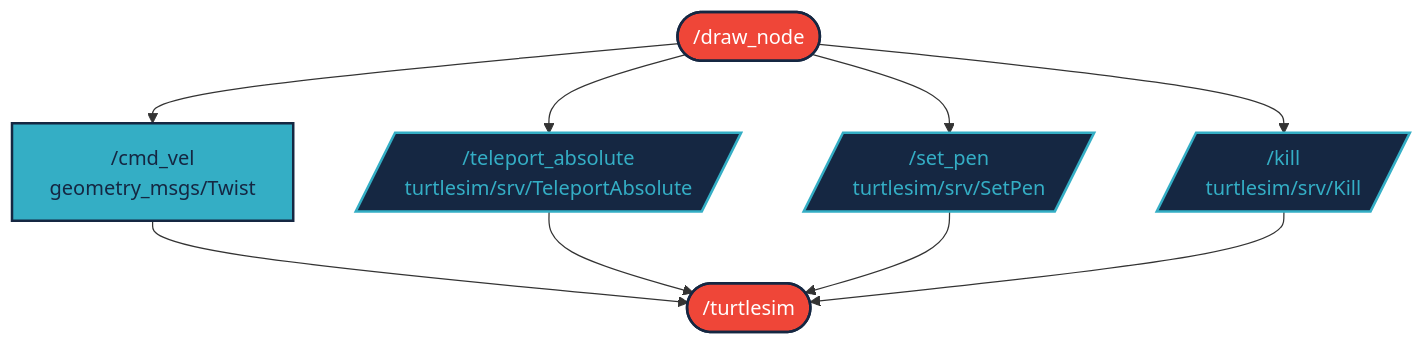
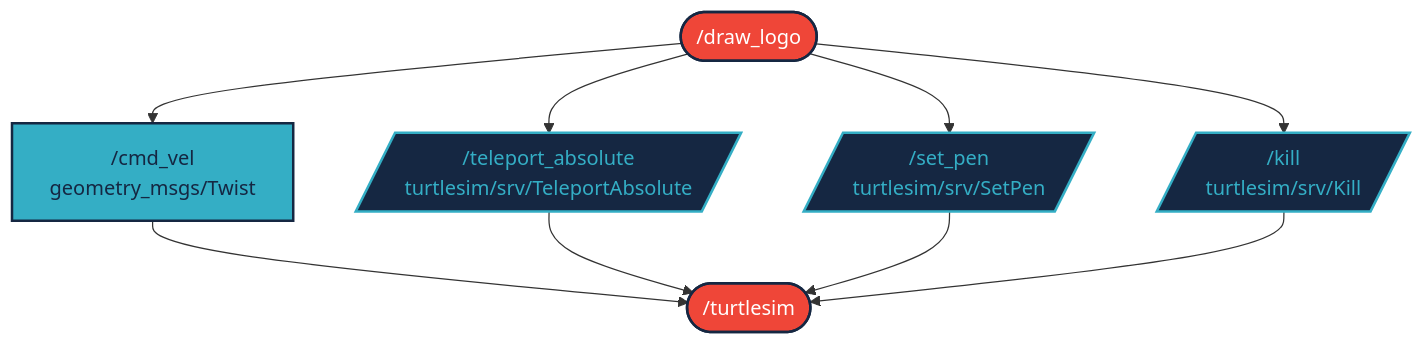
One commit to gera0719/FIJ_XQQ_draw_logo changed the diagram in README.md. Above: the diagram before and after it, drawn with Mermaid. The commit also changed other lines of this file and 1 other file, not shown here.

Commit message:
Refactor launch file and README.md
- Updated the launch file to remove unnecessary comments and launch the turtlesim node with custom background color settings.
- Modified the README.md file to provide updated instructions for launching the turtlesim node with custom background color settings.

````diff
--- a/README.md
+++ b/README.md
@@ -64,14 +64,14 @@
 ``` mermaid
 graph TD;
 
-draw([ /draw_node]):::red --> cmd_vel[ /cmd_vel<br/>geometry_msgs/Twist]:::light --> turtle([ /turtlesim]):::red
+draw([ /draw_logo]):::red --> cmd_vel[ /cmd_vel<br/>geometry_msgs/Twist]:::light --> turtle([ /turtlesim]):::red
 draw --> teleport[/ /teleport_absolute<br/>turtlesim/srv/TeleportAbsolute /]:::dark --> turtle
 draw --> set_pen[/ /set_pen<br/>turtlesim/srv/SetPen /]:::dark --> turtle
 draw --> kill[/ /kill<br/>turtlesim/srv/Kill /]:::dark --> turtle
 
 
 classDef light fill:#34aec5,stroke:#152742,stroke-width:2px,color:#152742  
 classDef dark fill:#152742,stroke:#34aec5,stroke-width:2px,color:#34aec5
 classDef white fill:#ffffff,stroke:#152742,stroke-width:2px,color:#152742
 classDef red fill:#ef4638,stroke:#152742,stroke-width:2px,color:#fff
 ```
````
